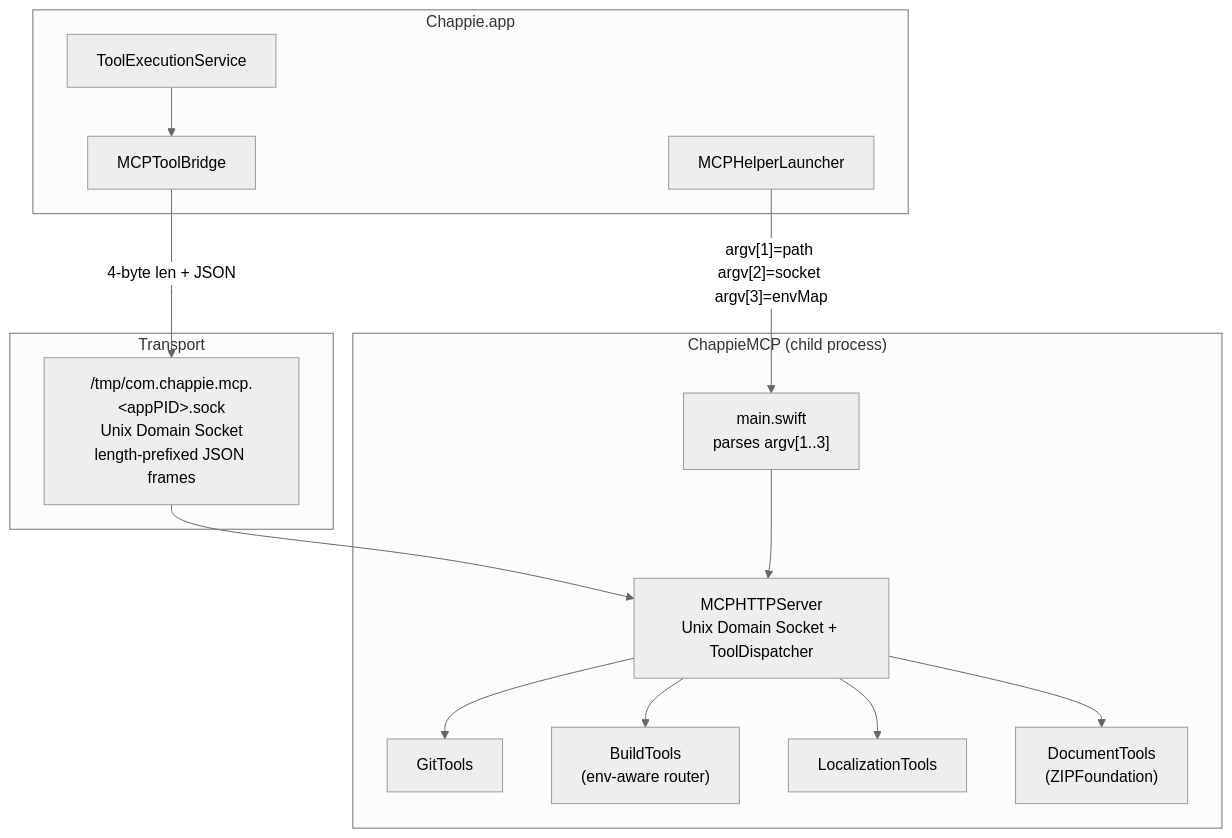
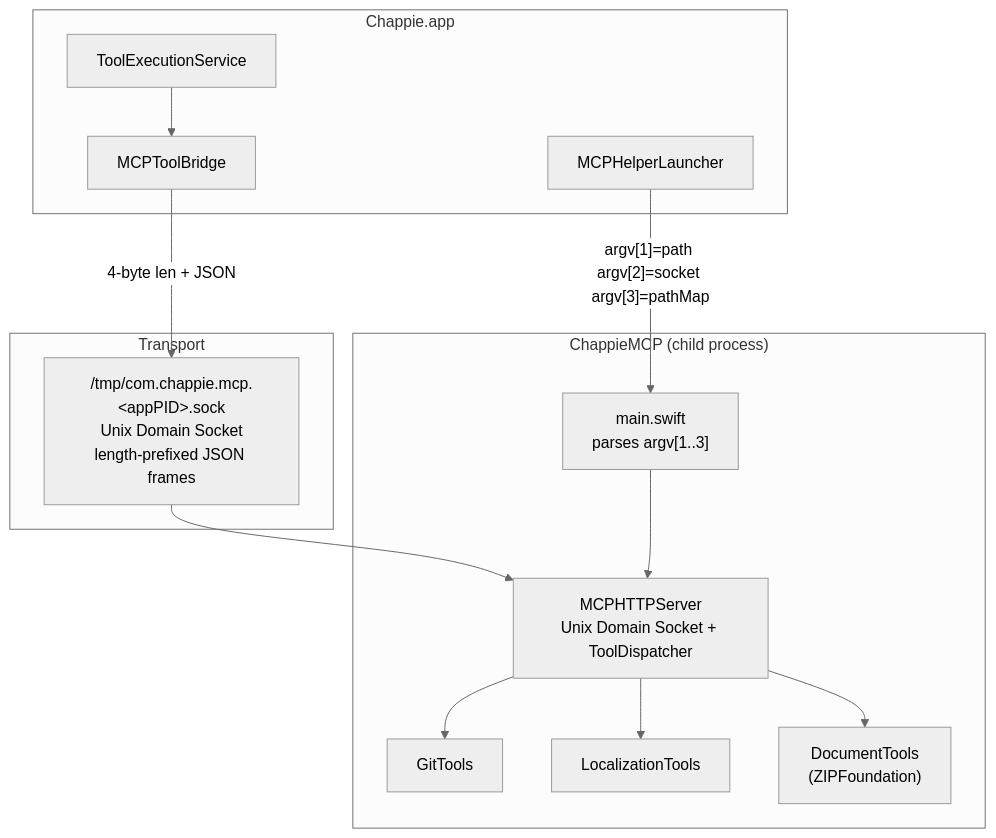
The diagram in ChappieMCP/architecture.md (iOSIvanovS/chappieai), drawn with Mermaid (neutral theme) before and after one commit. The commit also changed other lines of this file and 42 other files, not shown here.

Commit message:
Remove build_project/run_tests/read_build_log, buildEnabled, DevEnvironment.specificTools and helper projectEnvMap; testsAccess becomes testsWriteEnabled switch with legacy migration; terminal-only build recipe in docs

````diff
--- a/ChappieMCP/architecture.md
+++ b/ChappieMCP/architecture.md
@@ -77,31 +75,29 @@
 ```mermaid
 graph TD
     subgraph App["Chappie.app"]
         TES["ToolExecutionService"]
         Bridge["MCPToolBridge"]
         Launcher["MCPHelperLauncher"]
     end
 
     subgraph MCP["ChappieMCP (child process)"]
         Main["main.swift\nparses argv[1..3]"]
         Server["MCPHTTPServer\nUnix Domain Socket + ToolDispatcher"]
         Git["GitTools"]
-        Build["BuildTools\n(env-aware router)"]
         Loc["LocalizationTools"]
         Doc["DocumentTools\n(ZIPFoundation)"]
     end
 
     subgraph Transport["Transport"]
         Socket["/tmp/com.chappie.mcp.&lt;appPID&gt;.sock\nUnix Domain Socket\nlength-prefixed JSON frames"]
     end
 
     TES --> Bridge
     Bridge -->|4-byte len + JSON| Socket
-    Launcher -->|"argv[1]=path argv[2]=socket argv[3]=envMap"| Main
+    Launcher -->|"argv[1]=path argv[2]=socket argv[3]=pathMap"| Main
     Socket --> Server
     Main --> Server
     Server --> Git
-    Server --> Build
     Server --> Loc
     Server --> Doc
 ```
````
